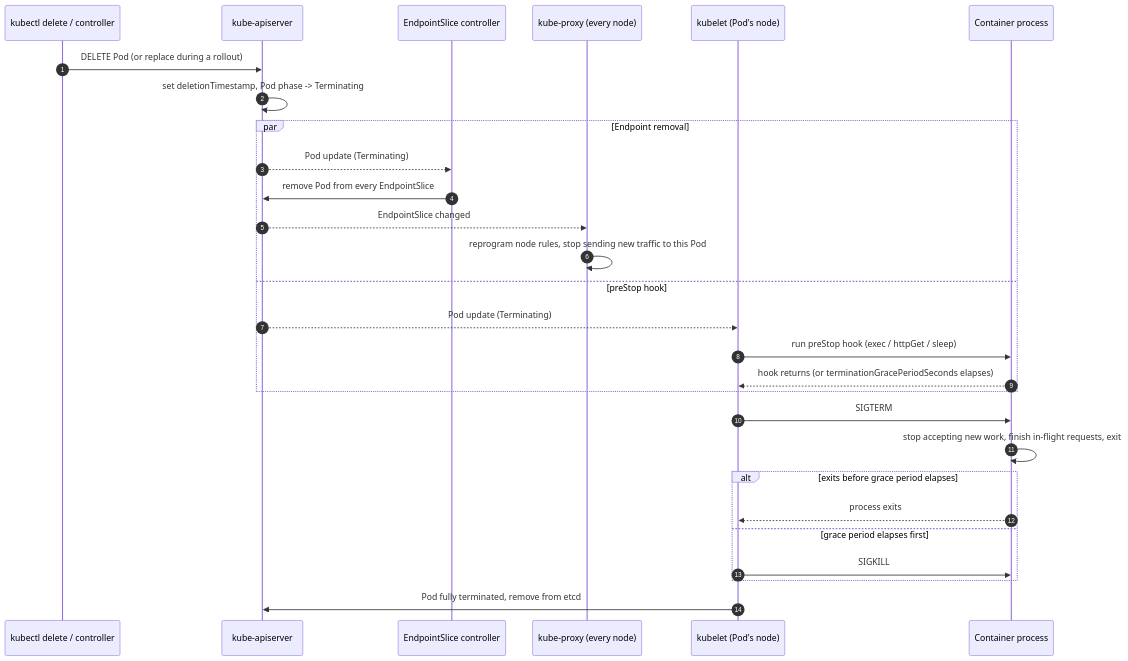
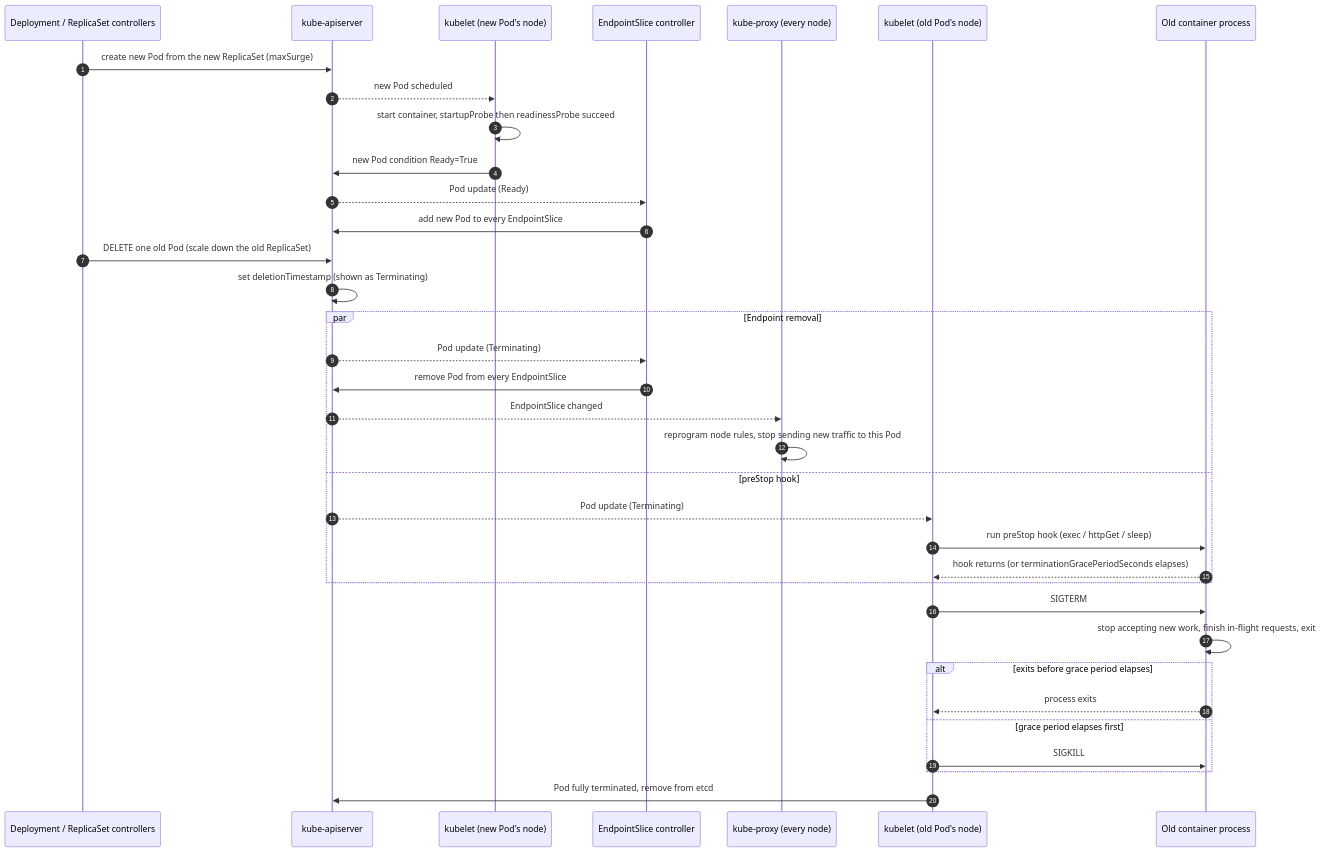
Before and after one commit to albertoirurueta/docs: the diagram in modules/ROOT/pages/backend/kubernetes/health-probes-and-lifecycle.adoc, drawn with Mermaid. The commit also changed other lines of this file and 31 other files, not shown here.

```diff
--- a/modules/ROOT/pages/backend/kubernetes/health-probes-and-lifecycle.adoc
+++ b/modules/ROOT/pages/backend/kubernetes/health-probes-and-lifecycle.adoc
@@ -227,31 +229,38 @@
 [mermaid]
 ....
 sequenceDiagram
   autonumber
-  participant User as kubectl delete / controller
+  participant RS as Deployment / ReplicaSet controllers
   participant API as kube-apiserver
+  participant NewK as kubelet (new Pod's node)
   participant EPC as EndpointSlice controller
   participant KP as kube-proxy (every node)
-  participant Kubelet as kubelet (Pod's node)
-  participant App as Container process
-  User->>API: DELETE Pod (or replace during a rollout)
-  API->>API: set deletionTimestamp, Pod phase -> Terminating
+  participant Kubelet as kubelet (old Pod's node)
+  participant App as Old container process
+  RS->>API: create new Pod from the new ReplicaSet (maxSurge)
+  API-->>NewK: new Pod scheduled
+  NewK->>NewK: start container, startupProbe then readinessProbe succeed
+  NewK->>API: new Pod condition Ready=True
+  API-->>EPC: Pod update (Ready)
+  EPC->>API: add new Pod to every EndpointSlice
+  RS->>API: DELETE one old Pod (scale down the old ReplicaSet)
+  API->>API: set deletionTimestamp (shown as Terminating)
   par Endpoint removal
     API-->>EPC: Pod update (Terminating)
     EPC->>API: remove Pod from every EndpointSlice
     API-->>KP: EndpointSlice changed
     KP->>KP: reprogram node rules, stop sending new traffic to this Pod
   and preStop hook
     API-->>Kubelet: Pod update (Terminating)
     Kubelet->>App: run preStop hook (exec / httpGet / sleep)
     App-->>Kubelet: hook returns (or terminationGracePeriodSeconds elapses)
   end
   Kubelet->>App: SIGTERM
   App->>App: stop accepting new work, finish in-flight requests, exit
   alt exits before grace period elapses
     App-->>Kubelet: process exits
   else grace period elapses first
     Kubelet->>App: SIGKILL
   end
   Kubelet->>API: Pod fully terminated, remove from etcd
 ....
```
